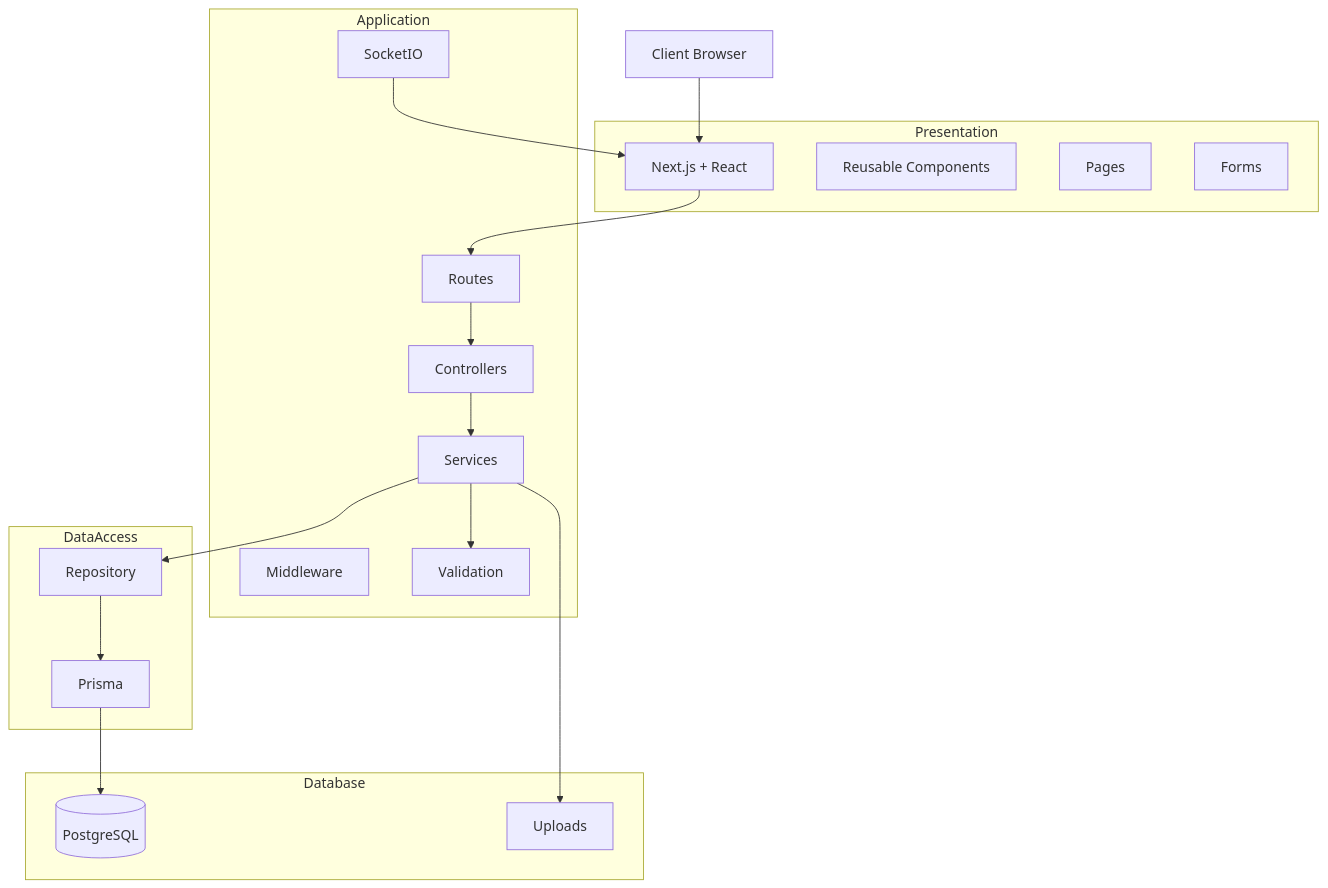
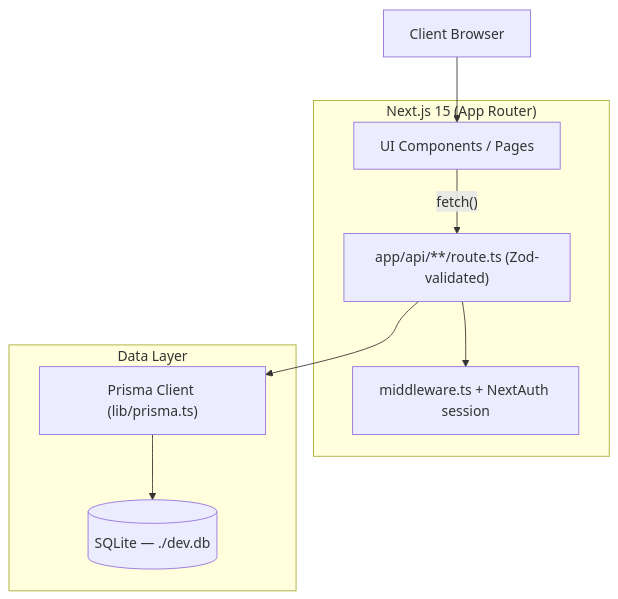
The second of 7 diagrams in readme.md (shrxprxyx/odoo-hackathon), drawn with Mermaid before and after one commit. The commit also changed other lines of this file, not shown here.

````diff
--- a/readme.md
+++ b/readme.md
@@ -157,69 +64,22 @@
 ```mermaid
 flowchart TB
 
 Client["Client Browser"]
 
-subgraph Presentation
-
-Next["Next.js + React"]
-
-Components["Reusable Components"]
-
-Pages["Pages"]
-
-Forms["Forms"]
-
+subgraph NextApp["Next.js 15 (App Router)"]
+  Components["UI Components / Pages"]
+  RouteHandlers["app/api/**/route.ts (Zod-validated)"]
+  AuthMiddleware["middleware.ts + NextAuth session"]
 end
 
-subgraph Application
-
-Routes
-
-Controllers
-
-Services
-
-Middleware
-
-Validation
-
-SocketIO
-
+subgraph Data["Data Layer"]
+  PrismaClient["Prisma Client (lib/prisma.ts)"]
+  SQLiteFile[("SQLite — ./dev.db")]
 end
 
-subgraph DataAccess
-
-Prisma
-
-Repository
-
-end
-
-subgraph Database
-
-Postgres[(PostgreSQL)]
-
-Uploads
-
-end
-
-Client --> Next
-
-Next --> Routes
-
-Routes --> Controllers
-
-Controllers --> Services
-
-Services --> Validation
-
-Services --> Repository
-
-Repository --> Prisma
-
-Prisma --> Postgres
-
-Services --> Uploads
-
-SocketIO --> Next
+Client --> Components
+Components -->|"fetch()"| RouteHandlers
+RouteHandlers --> AuthMiddleware
+RouteHandlers --> PrismaClient
+PrismaClient --> SQLiteFile
 ```
````
